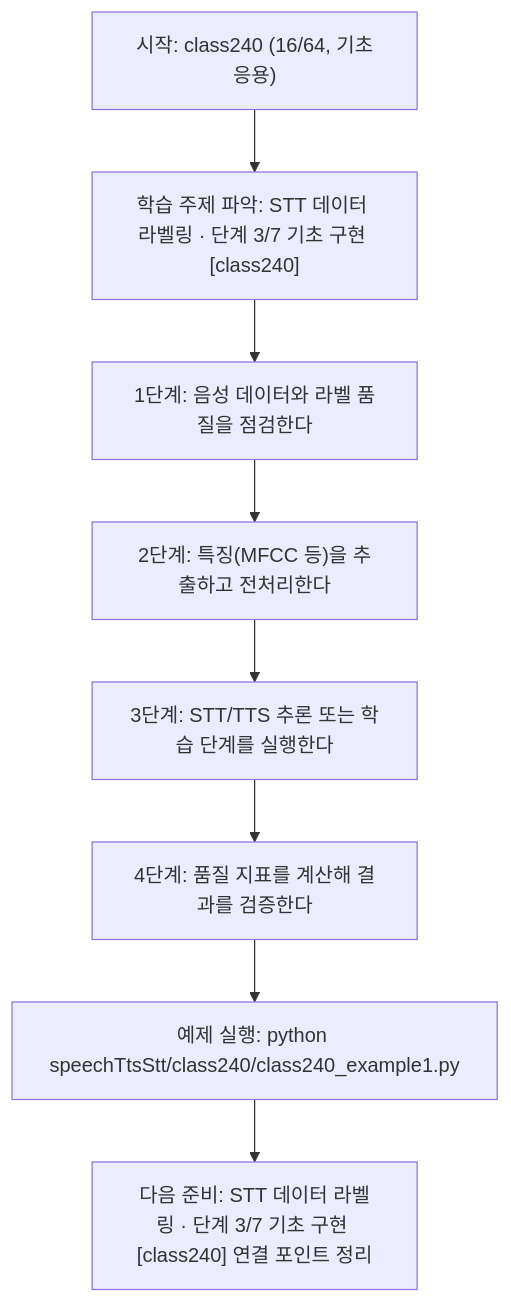
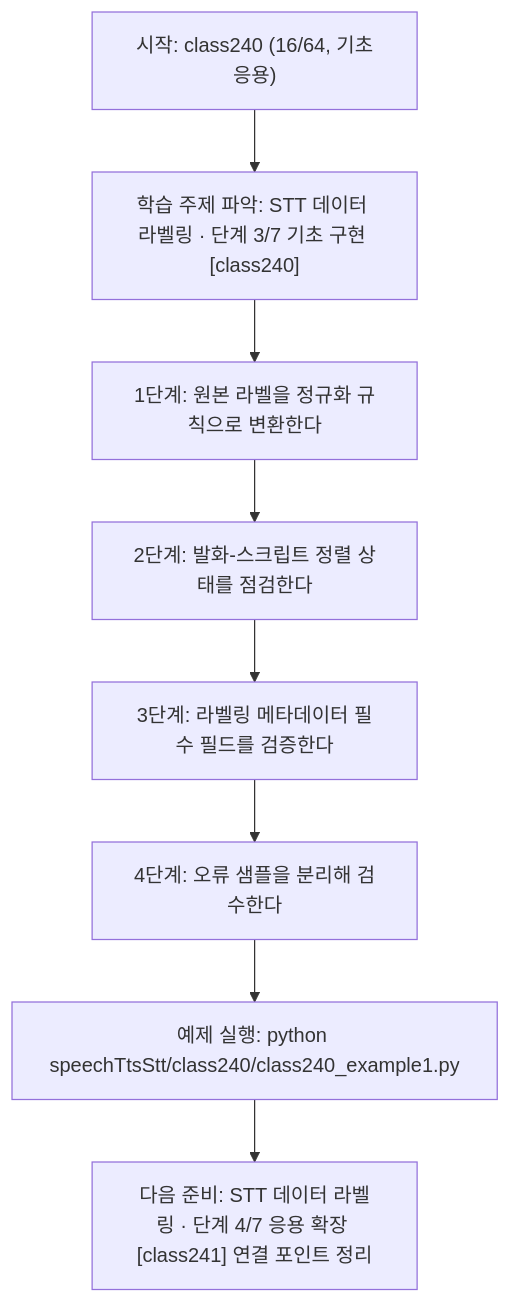
Before and after one commit to edumgt/Python-AI_Agent-Class: the diagram in speechTtsStt/class240/class240.md, drawn with Mermaid. The commit also changed other lines of this file and 1122 other files, not shown here.

````diff
--- a/speechTtsStt/class240/class240.md
+++ b/speechTtsStt/class240/class240.md
@@ -114,18 +95,18 @@
 ```mermaid
 flowchart TD
 N1["시작: class240 (16/64, 기초응용)"]
 N2["학습 주제 파악: STT 데이터 라벨링 · 단계 3/7 기초 구현 [class240]"]
-N3["1단계: 음성 데이터와 라벨 품질을 점검한다"]
-N4["2단계: 특징(MFCC 등)을 추출하고 전처리한다"]
-N5["3단계: STT/TTS 추론 또는 학습 단계를 실행한다"]
-N6["4단계: 품질 지표를 계산해 결과를 검증한다"]
+N3["1단계: 원본 라벨을 정규화 규칙으로 변환한다"]
+N4["2단계: 발화-스크립트 정렬 상태를 점검한다"]
+N5["3단계: 라벨링 메타데이터 필수 필드를 검증한다"]
+N6["4단계: 오류 샘플을 분리해 검수한다"]
 N7["예제 실행: python speechTtsStt/class240/class240_example1.py"]
-N8["다음 준비: STT 데이터 라벨링 · 단계 3/7 기초 구현 [class240] 연결 포인트 정리"]
+N8["다음 준비: STT 데이터 라벨링 · 단계 4/7 응용 확장 [class241] 연결 포인트 정리"]
 N1 --> N2
 N2 --> N3
 N3 --> N4
 N4 --> N5
 N5 --> N6
 N6 --> N7
 N7 --> N8
 ```
````
